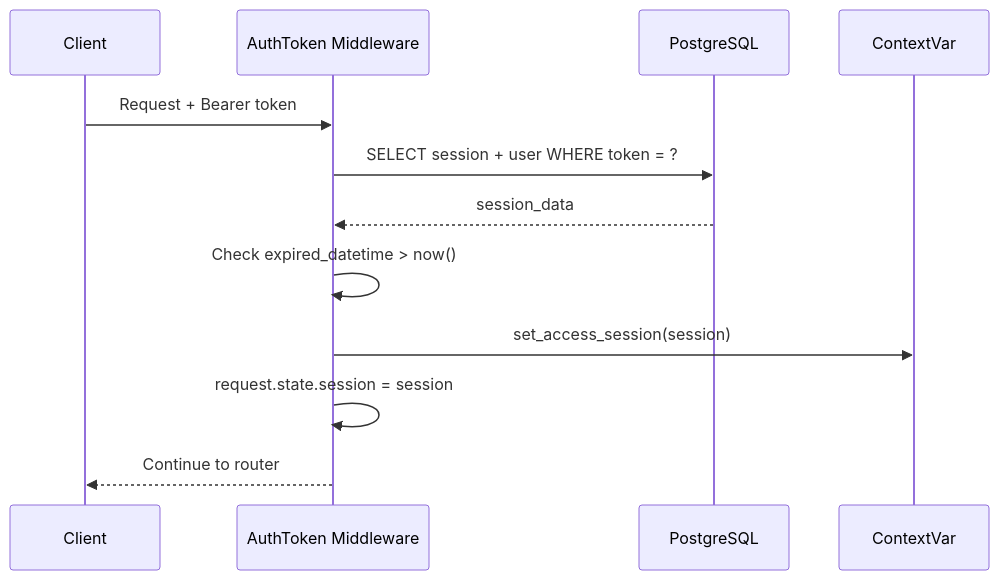
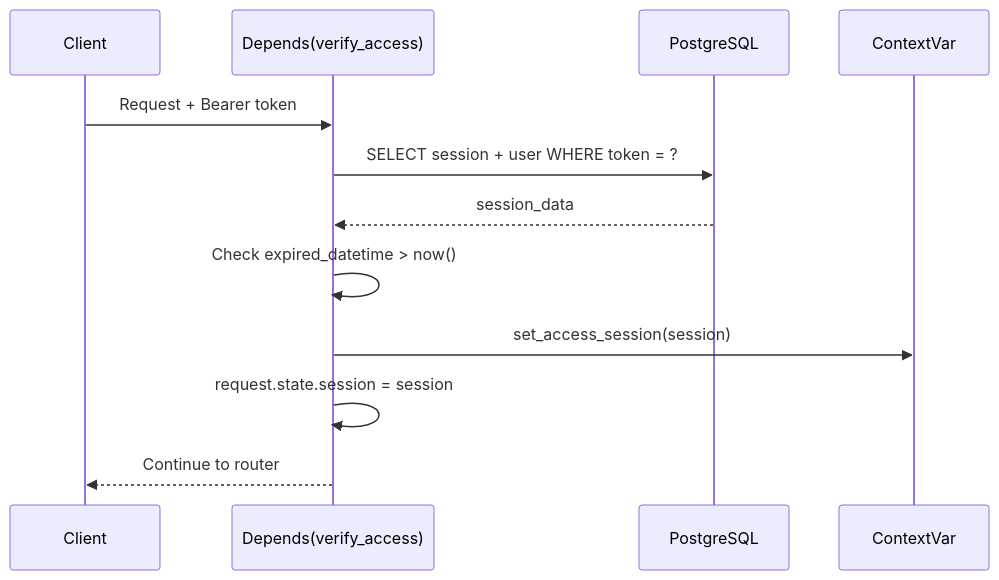
One commit to shurshilov/faracrm changed the diagram in docs/dist/backend/modules/security.md. Above: the diagram before and after it, drawn with Mermaid. The commit also changed other lines of this file and 104 other files, not shown here.

````diff
--- a/docs/dist/backend/modules/security.md
+++ b/docs/dist/backend/modules/security.md
@@ -15,15 +17,15 @@
 ```mermaid
 sequenceDiagram
     participant C as Client
-    participant MW as AuthToken Middleware
+    participant D as Depends(verify_access)
     participant DB as PostgreSQL
     participant CV as ContextVar
 
-    C->>MW: Request + Bearer token
-    MW->>DB: SELECT session + user WHERE token = ?
-    DB-->>MW: session_data
-    MW->>MW: Check expired_datetime > now()
-    MW->>CV: set_access_session(session)
-    MW->>MW: request.state.session = session
-    MW-->>C: Continue to router
+    C->>D: Request + Bearer token
+    D->>DB: SELECT session + user WHERE token = ?
+    DB-->>D: session_data
+    D->>D: Check expired_datetime > now()
+    D->>CV: set_access_session(session)
+    D->>D: request.state.session = session
+    D-->>C: Continue to router
 ```
````
